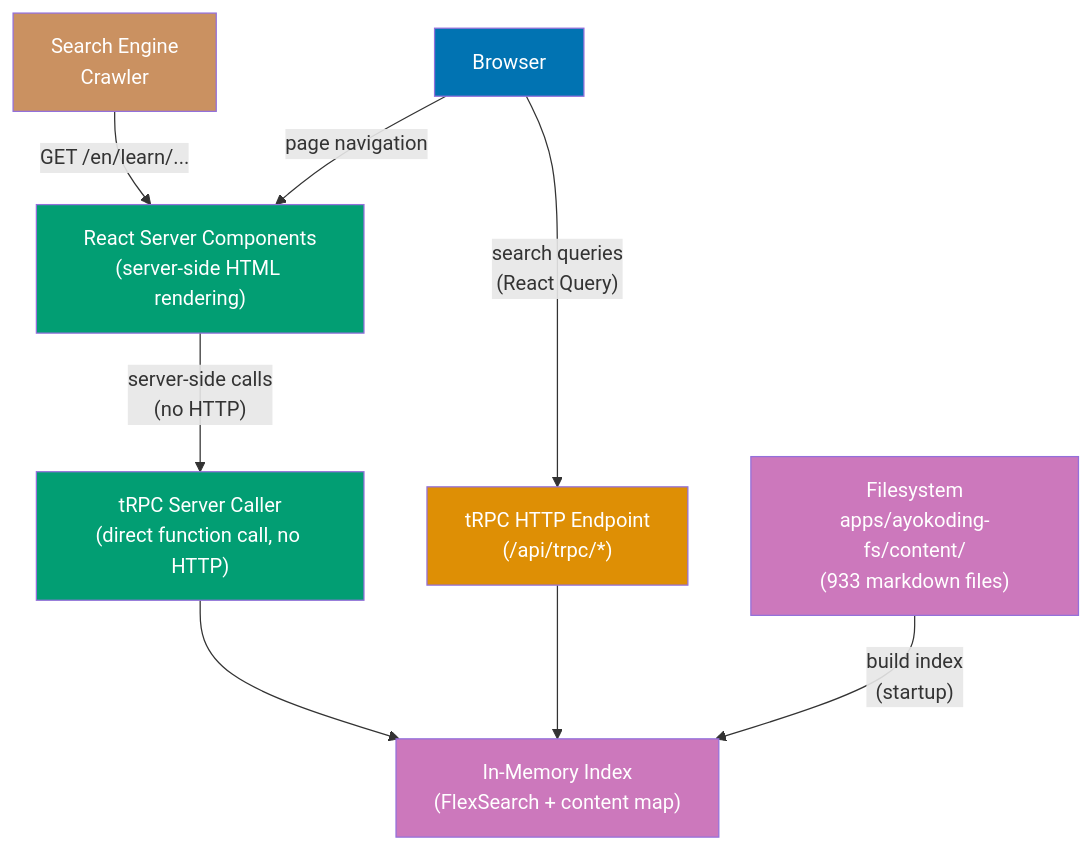
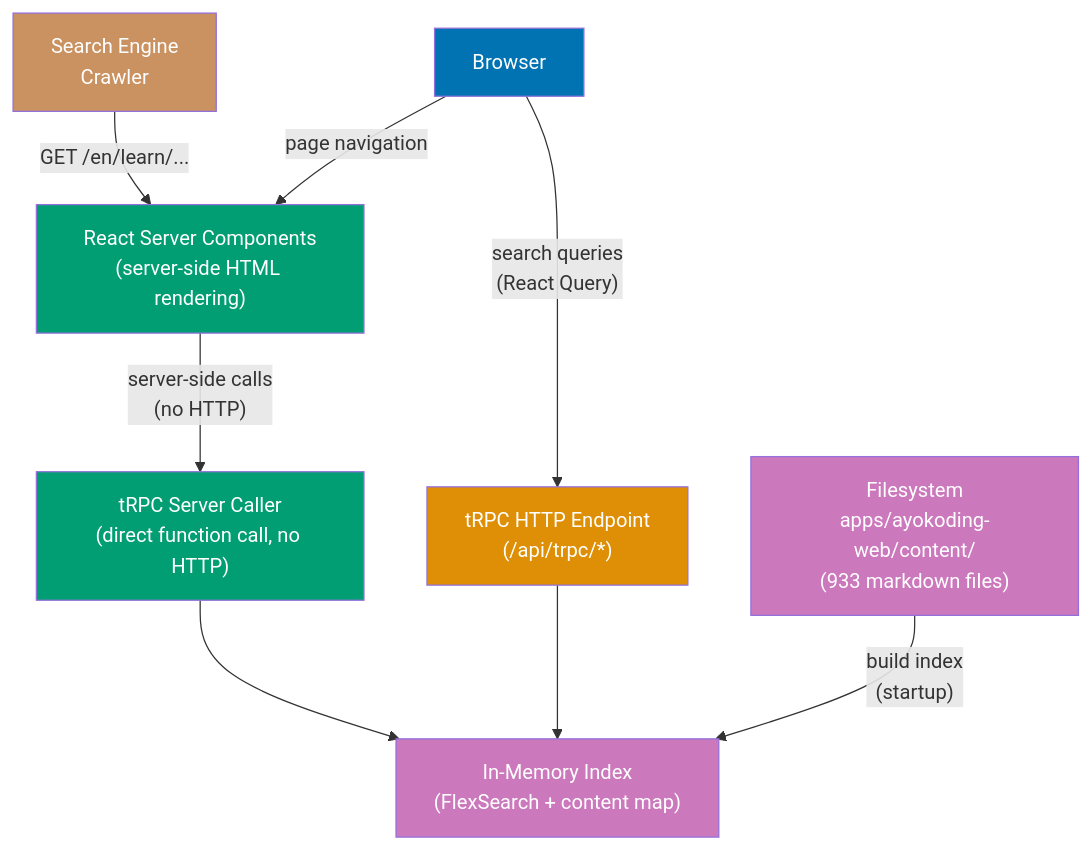
The diagram in plans/done/2026-03-23__ayokoding-web-v2/tech-docs.md (wahidyankf/open-sharia-enterprise), drawn with Mermaid before and after one commit. The commit also changed other lines of this file and 1791 other files, not shown here.

First line of the commit message:
refactor(apps): rename ayokoding-fs to ayokoding-web and oseplatform-fs to oseplatform-web

````diff
--- a/plans/done/2026-03-23__ayokoding-web-v2/tech-docs.md
+++ b/plans/done/2026-03-23__ayokoding-web-v2/tech-docs.md
@@ -23,26 +23,26 @@
 ```mermaid
 flowchart TD
     Crawler["Search Engine\nCrawler"]
     Browser["Browser"]
     RSC["React Server Components\n(server-side HTML rendering)"]
     TRPC_S["tRPC Server Caller\n(direct function call, no HTTP)"]
     TRPC_H["tRPC HTTP Endpoint\n(/api/trpc/*)"]
-    FS["Filesystem\napps/ayokoding-fs/content/\n(933 markdown files)"]
+    FS["Filesystem\napps/ayokoding-web/content/\n(933 markdown files)"]
     Index["In-Memory Index\n(FlexSearch + content map)"]
 
     Crawler -- "GET /en/learn/..." --> RSC
     Browser -- "page navigation" --> RSC
     Browser -- "search queries\n(React Query)" --> TRPC_H
     RSC -- "server-side calls\n(no HTTP)" --> TRPC_S
     TRPC_S --> Index
     TRPC_H --> Index
     FS -- "build index\n(startup)" --> Index
 
     style Crawler fill:#CA9161,color:#ffffff
     style Browser fill:#0173B2,color:#ffffff
     style RSC fill:#029E73,color:#ffffff
     style TRPC_S fill:#029E73,color:#ffffff
     style TRPC_H fill:#DE8F05,color:#ffffff
     style FS fill:#CC78BC,color:#ffffff
     style Index fill:#CC78BC,color:#ffffff
 ```
````
